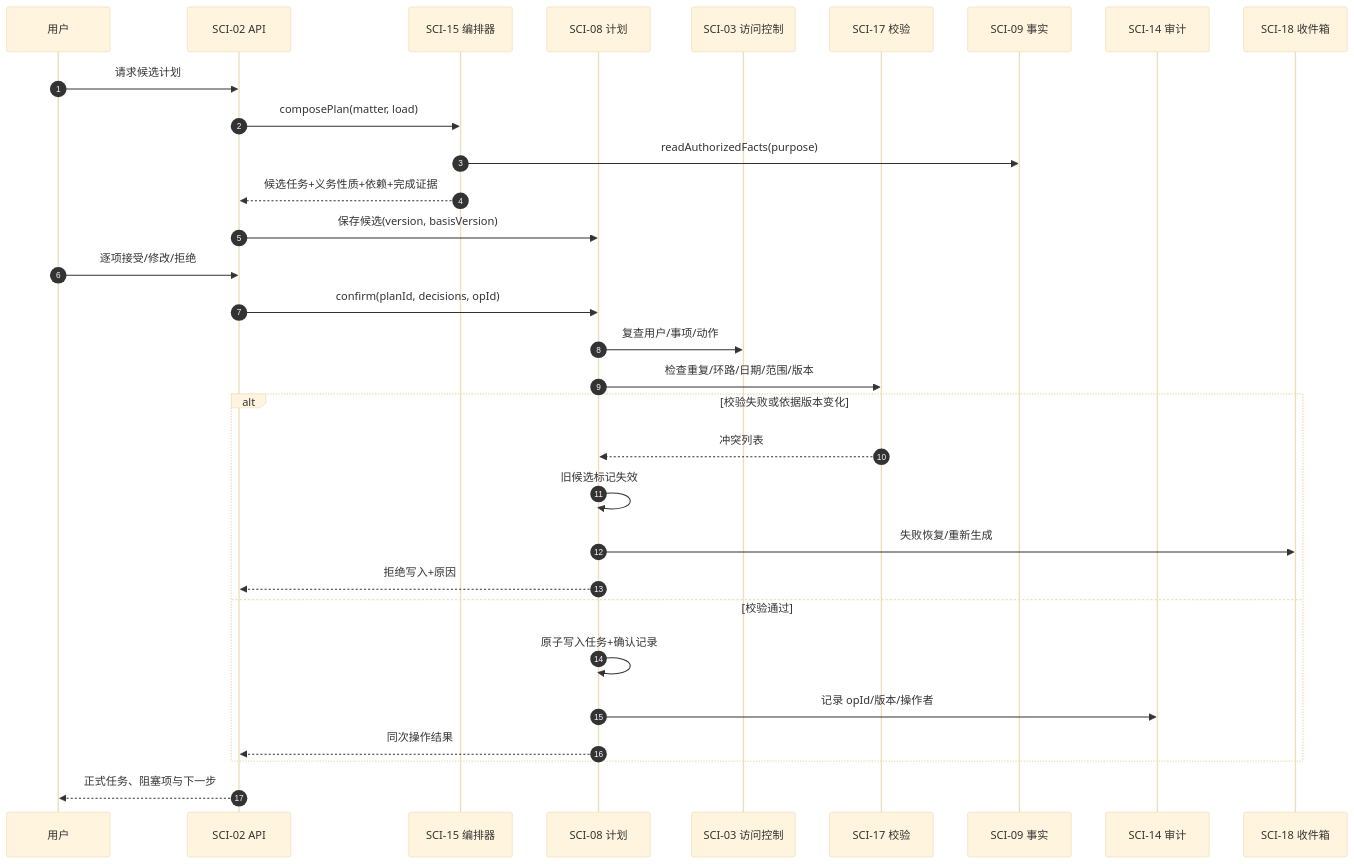
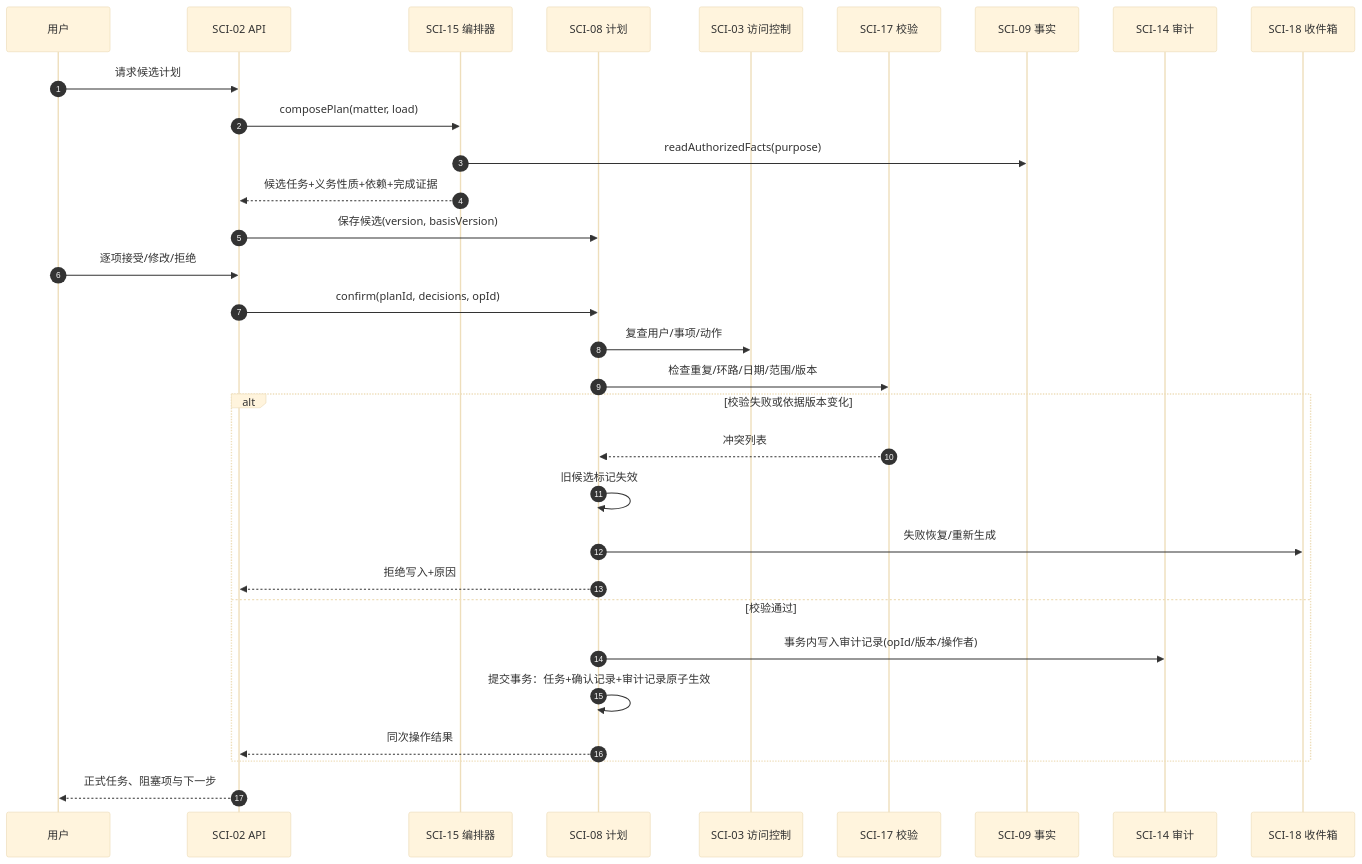
Diagram 12 of 23 in docs/design/system-design/offerpilot-system-design.md (LotteryCamp/OfferPilot), drawn with Mermaid (base theme) before and after one commit. The commit also changed other lines of this file and 1 other file, not shown here.

````diff
--- a/docs/design/system-design/offerpilot-system-design.md
+++ b/docs/design/system-design/offerpilot-system-design.md
@@ -1243,33 +1271,33 @@
 ```mermaid
 sequenceDiagram
     autonumber
     participant STU as 用户
     participant API as SCI-02 API
     participant AG as SCI-15 编排器
     participant PL as SCI-08 计划
     participant AU as SCI-03 访问控制
     participant VA as SCI-17 校验
     participant FACT as SCI-09 事实
     participant AUD as SCI-14 审计
     participant IN as SCI-18 收件箱
     STU->>API: 请求候选计划
     API->>AG: composePlan(matter, load)
     AG->>FACT: readAuthorizedFacts(purpose)
     AG-->>API: 候选任务+义务性质+依赖+完成证据
     API->>PL: 保存候选(version, basisVersion)
     STU->>API: 逐项接受/修改/拒绝
     API->>PL: confirm(planId, decisions, opId)
     PL->>AU: 复查用户/事项/动作
     PL->>VA: 检查重复/环路/日期/范围/版本
     alt 校验失败或依据版本变化
         VA-->>PL: 冲突列表
         PL->>PL: 旧候选标记失效
         PL->>IN: 失败恢复/重新生成
         PL-->>API: 拒绝写入+原因
     else 校验通过
-        PL->>PL: 原子写入任务+确认记录
-        PL->>AUD: 记录 opId/版本/操作者
+        PL->>AUD: 事务内写入审计记录(opId/版本/操作者)
+        PL->>PL: 提交事务：任务+确认记录+审计记录原子生效
         PL-->>API: 同次操作结果
     end
     API-->>STU: 正式任务、阻塞项与下一步
 ```
````
